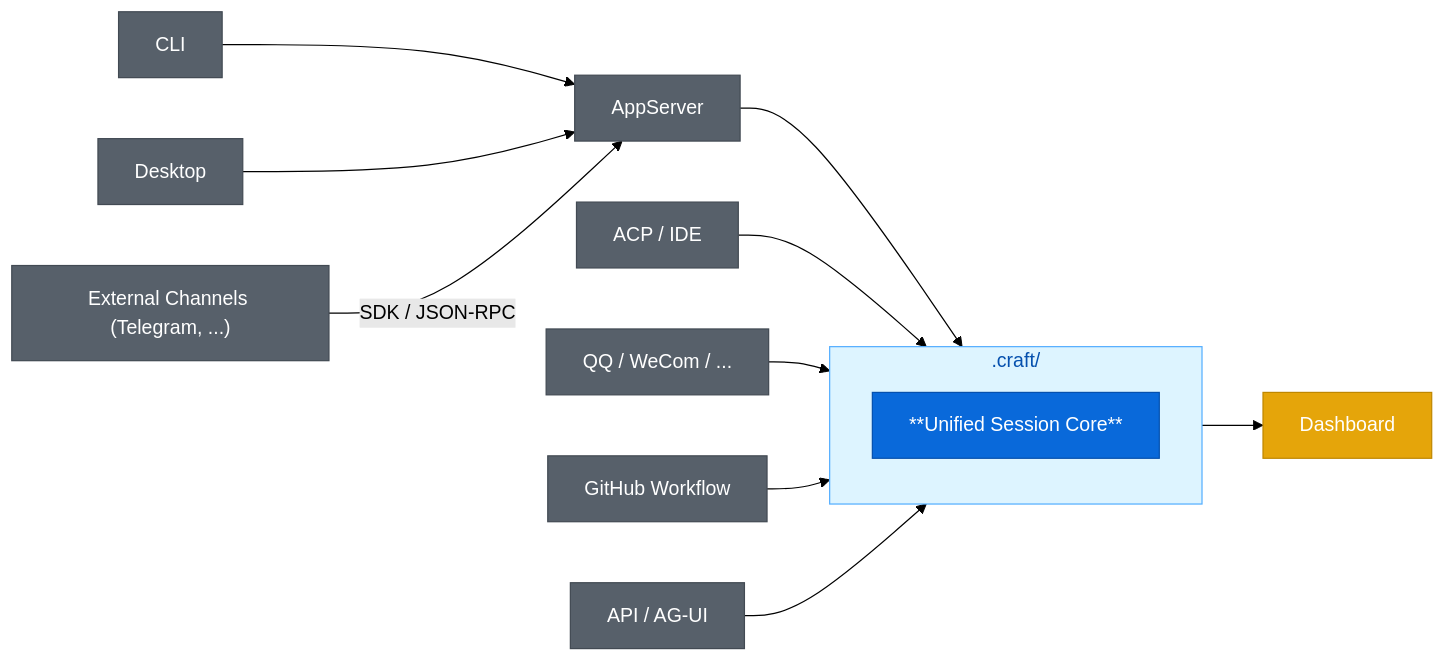
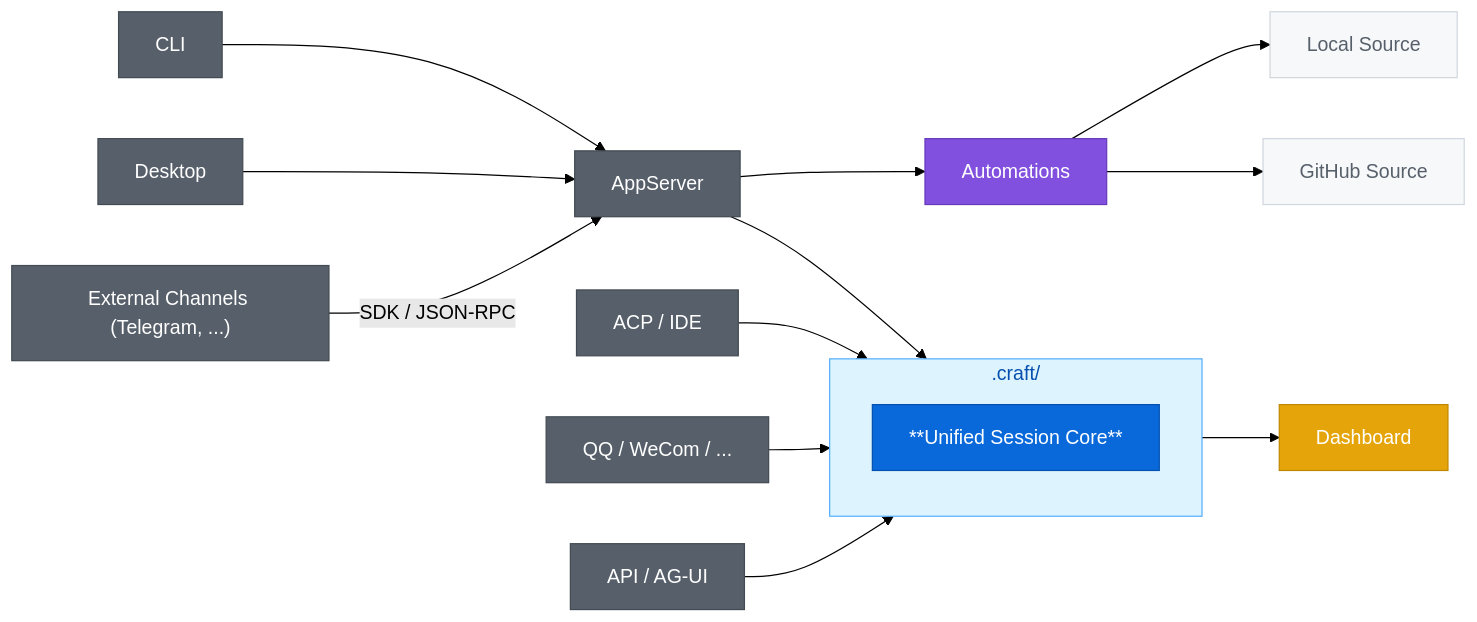
The diagram in README.md (DotCraftDev/dotcraft), drawn with Mermaid (forest theme) before and after one commit. The commit also changed other lines of this file and 132 other files, not shown here.

````diff
--- a/README.md
+++ b/README.md
@@ -128,39 +128,45 @@
 ```mermaid
 flowchart LR
     Cli["CLI"]
     Desktop["Desktop"]
     AppSrv["AppServer"]
     Ide["ACP / IDE"]
     Bots["QQ / WeCom / ..."]
     ExtCh["External Channels (Telegram, ...)"]
-    Workflow["GitHub Workflow"]
     Api["API / AG-UI"]
+    Automations["Automations"]
+    LocalSource["Local Source"]
+    GitHubSource["GitHub Source"]
 
     subgraph Workspace [".craft/"]
         Core["**Unified Session Core**"]
     end
 
     Dashboard["Dashboard"]
 
     Cli --> AppSrv
     Desktop --> AppSrv
     AppSrv --> Workspace
+    AppSrv --> Automations
+    Automations --> LocalSource
+    Automations --> GitHubSource
     Ide --> Workspace
     Bots --> Workspace
     ExtCh -->|"SDK / JSON-RPC"| AppSrv
-    Workflow --> Workspace
     Api --> Workspace
     Workspace --> Dashboard
 
     style Core fill:#0969da,color:#ffffff,stroke:#0550ae
     style Workspace fill:#ddf4ff,stroke:#54aeff,color:#0550ae
     style Dashboard fill:#e5a50a,color:#ffffff,stroke:#bf8700
     style Cli fill:#57606a,color:#ffffff,stroke:#424a53
     style Desktop fill:#57606a,color:#ffffff,stroke:#424a53
     style AppSrv fill:#57606a,color:#ffffff,stroke:#424a53
     style Ide fill:#57606a,color:#ffffff,stroke:#424a53
     style Bots fill:#57606a,color:#ffffff,stroke:#424a53
     style ExtCh fill:#57606a,color:#ffffff,stroke:#424a53
-    style Workflow fill:#57606a,color:#ffffff,stroke:#424a53
     style Api fill:#57606a,color:#ffffff,stroke:#424a53
+    style Automations fill:#8250df,color:#ffffff,stroke:#6639ba
+    style LocalSource fill:#f6f8fa,color:#57606a,stroke:#d0d7de
+    style GitHubSource fill:#f6f8fa,color:#57606a,stroke:#d0d7de
 ```
````
